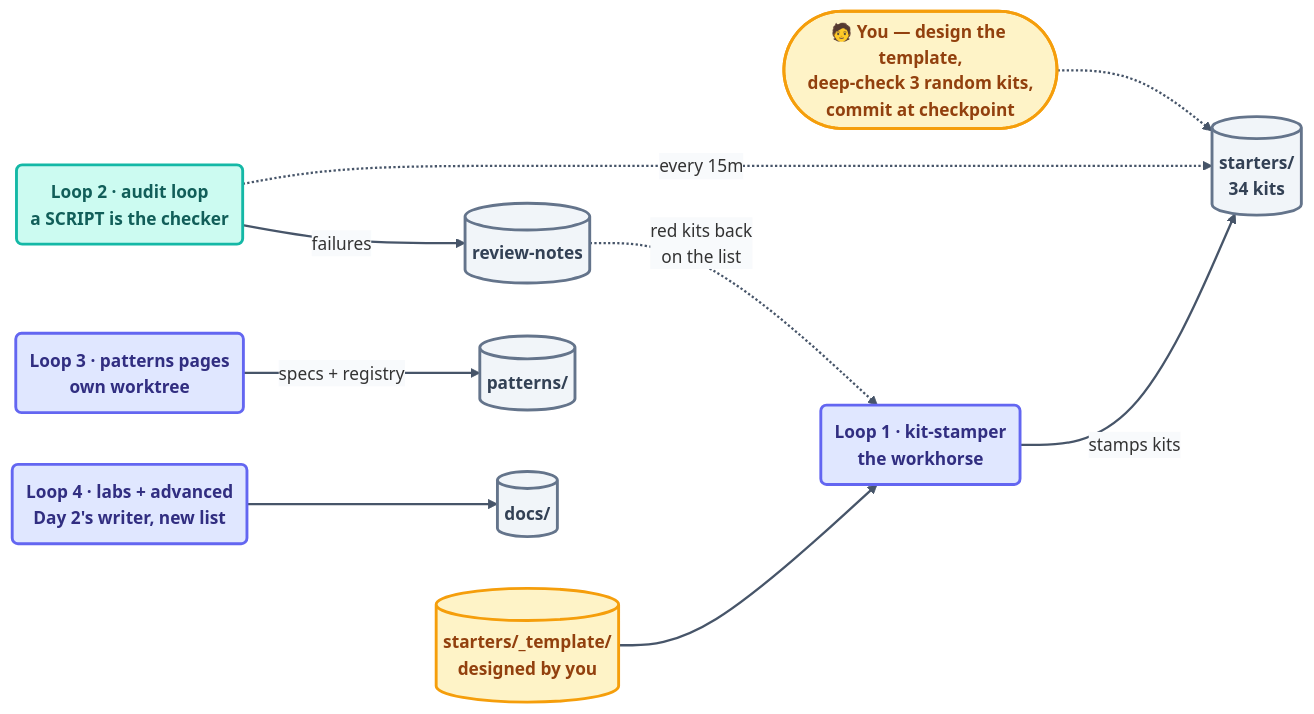
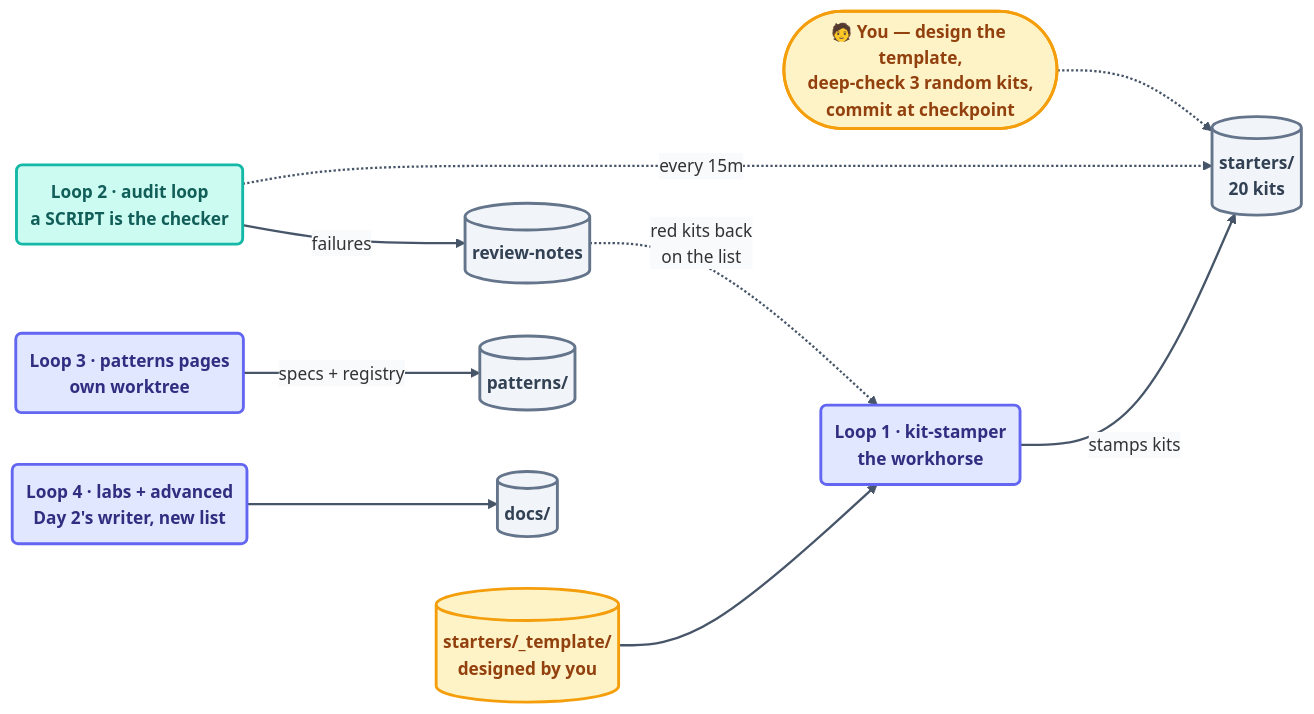
One commit to ayeshakhalid192007-dev/LoopEngineering-CrashCourse changed the diagram in days-plans/day3-plan.md. Above: the diagram before and after it, drawn with Mermaid. The commit also changed other lines of this file and 30 other files, not shown here.

````diff
--- a/days-plans/day3-plan.md
+++ b/days-plans/day3-plan.md
@@ -54,18 +54,18 @@
 ```mermaid
 %%{init: {'theme':'base','themeVariables':{'fontFamily':'ui-sans-serif, system-ui, sans-serif','fontSize':'15px','lineColor':'#475569','edgeLabelBackground':'#f8fafc'},'flowchart':{'curve':'basis','nodeSpacing':45,'rankSpacing':55,'padding':12}}}%%
 flowchart LR
     T[("starters/_template/<br/>designed by you")]:::human2 --> L1("Loop 1 · kit-stamper<br/>the workhorse"):::maker
-    L1 -->|stamps kits| K[("starters/<br/>34 kits")]:::file
+    L1 -->|stamps kits| K[("starters/<br/>20 kits")]:::file
     L2("Loop 2 · audit loop<br/>a SCRIPT is the checker"):::script -.->|every 15m| K
     L2 -->|failures| RN[("review-notes")]:::file
     RN -.->|red kits back<br/>on the list| L1
     L3("Loop 3 · patterns pages<br/>own worktree"):::maker -->|specs + registry| P[("patterns/")]:::file
     L4("Loop 4 · labs + advanced<br/>Day 2's writer, new list"):::maker --> D[("docs/")]:::file
     H(["🧑 You — design the template,<br/>deep-check 3 random kits,<br/>commit at checkpoint"]):::human -.-> K
     linkStyle default stroke:#475569,stroke-width:2px;
     classDef maker fill:#e0e7ff,stroke:#6366f1,stroke-width:2.5px,color:#312e81,font-weight:600;
     classDef script fill:#ccfbf1,stroke:#14b8a6,stroke-width:2.5px,color:#115e59,font-weight:600;
     classDef file fill:#f1f5f9,stroke:#64748b,stroke-width:2.5px,color:#334155,font-weight:600;
     classDef human fill:#fef3c7,stroke:#f59e0b,stroke-width:2.5px,color:#92400e,font-weight:600;
     classDef human2 fill:#fef3c7,stroke:#f59e0b,stroke-width:2.5px,color:#92400e,font-weight:600;
 ```
````
